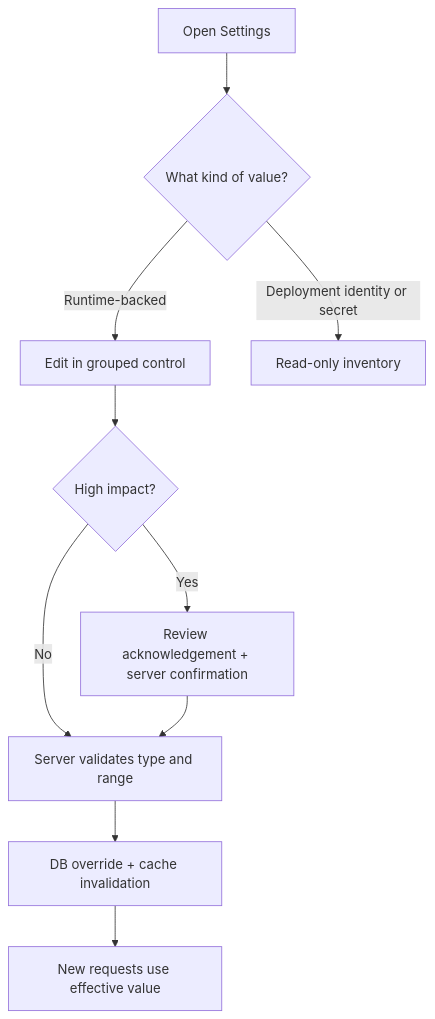
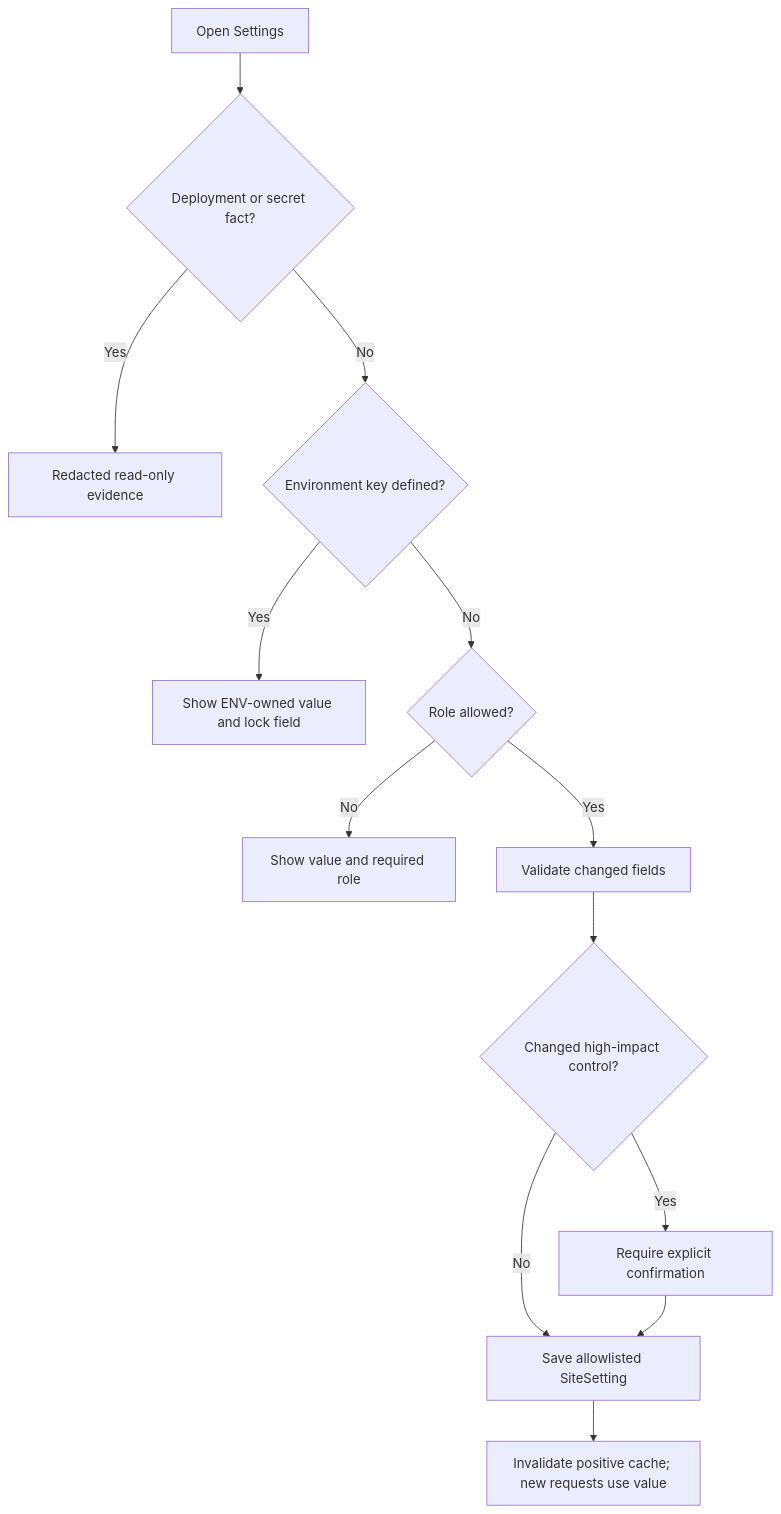
The diagram in docs/SETTINGS_OPERATIONS.md (Nimble-esolutions/PdfSearch), drawn with Mermaid before and after one commit. The commit also changed other lines of this file and 5 other files, not shown here.

````diff
--- a/docs/SETTINGS_OPERATIONS.md
+++ b/docs/SETTINGS_OPERATIONS.md
@@ -14,12 +28,15 @@
 ```mermaid
 flowchart TD
-    A[Open Settings] --> B{What kind of value?}
-    B -->|Runtime-backed| C[Edit in grouped control]
-    B -->|Deployment identity or secret| D[Read-only inventory]
-    C --> E{High impact?}
-    E -->|Yes| F[Review acknowledgement + server confirmation]
-    E -->|No| G[Server validates type and range]
-    F --> G
-    G --> H[DB override + cache invalidation]
-    H --> I[New requests use effective value]
+    A[Open Settings] --> B{Deployment or secret fact?}
+    B -->|Yes| C[Redacted read-only evidence]
+    B -->|No| D{Environment key defined?}
+    D -->|Yes| E[Show ENV-owned value and lock field]
+    D -->|No| F{Role allowed?}
+    F -->|No| G[Show value and required role]
+    F -->|Yes| H[Validate changed fields]
+    H --> I{Changed high-impact control?}
+    I -->|Yes| J[Require explicit confirmation]
+    I -->|No| K[Save allowlisted SiteSetting]
+    J --> K
+    K --> L[Invalidate positive cache; new requests use value]
 ```
````
